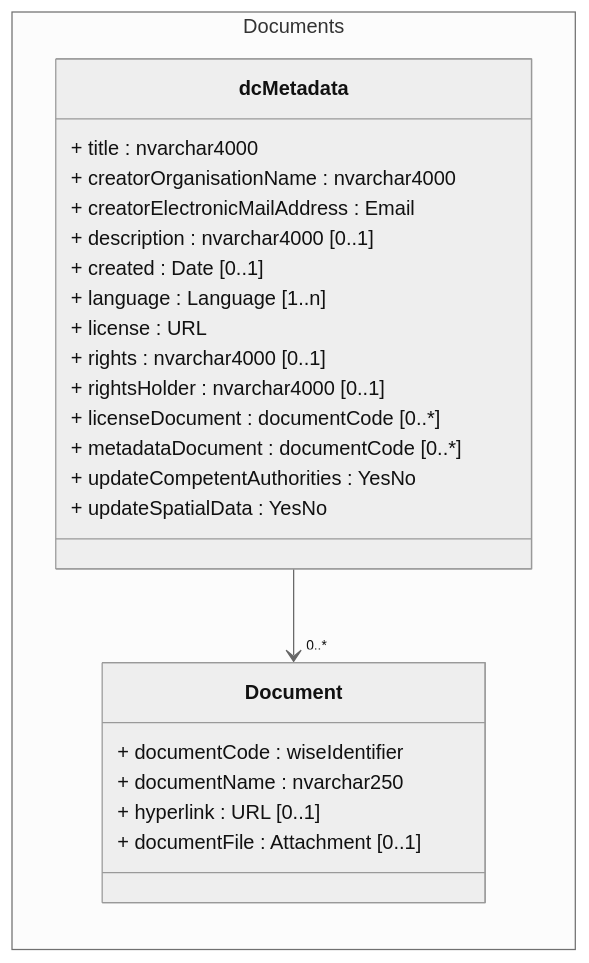
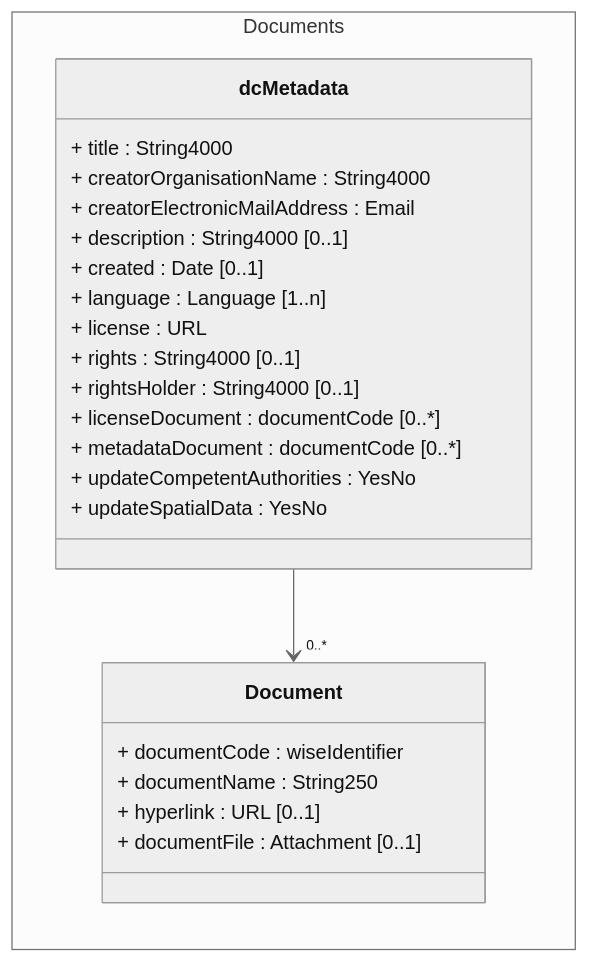
One commit to eeadata/WISE.WFD.Documentation changed the diagram in docs/DataModelReview/mmd/RBDCA_4thCycle_Documents_ClassDiagram.mmd. Above: the diagram before and after it, drawn with Mermaid. The commit also changed 1 other file, not shown here.

Commit message:
Using "String" something in the Mermaid diagrams

```diff
--- a/docs/DataModelReview/mmd/RBDCA_4thCycle_Documents_ClassDiagram.mmd
+++ b/docs/DataModelReview/mmd/RBDCA_4thCycle_Documents_ClassDiagram.mmd
@@ -1,33 +1,33 @@
 ---
 config:
   class:
     hideEmptyMembersBox: true
   layout: dagre
   theme: neutral
 ---
 classDiagram
 direction LR
 namespace Documents {
 class dcMetadata {
-+ title : nvarchar4000
-+ creatorOrganisationName : nvarchar4000
++ title : String4000
++ creatorOrganisationName : String4000
 + creatorElectronicMailAddress : Email
-+ description : nvarchar4000 [0..1]
++ description : String4000 [0..1]
 + created : Date [0..1]
 + language : Language [1..n]
 + license : URL
-+ rights : nvarchar4000 [0..1]
-+ rightsHolder : nvarchar4000 [0..1]
++ rights : String4000 [0..1]
++ rightsHolder : String4000 [0..1]
 + licenseDocument : documentCode [0..*]
 + metadataDocument : documentCode [0..*]
 + updateCompetentAuthorities : YesNo
 + updateSpatialData : YesNo
 }
 class Document {
 + documentCode : wiseIdentifier
-+ documentName : nvarchar250
++ documentName : String250
 + hyperlink : URL [0..1]
 + documentFile : Attachment [0..1]
 }
 }
 dcMetadata --> "0..*" Document
```
